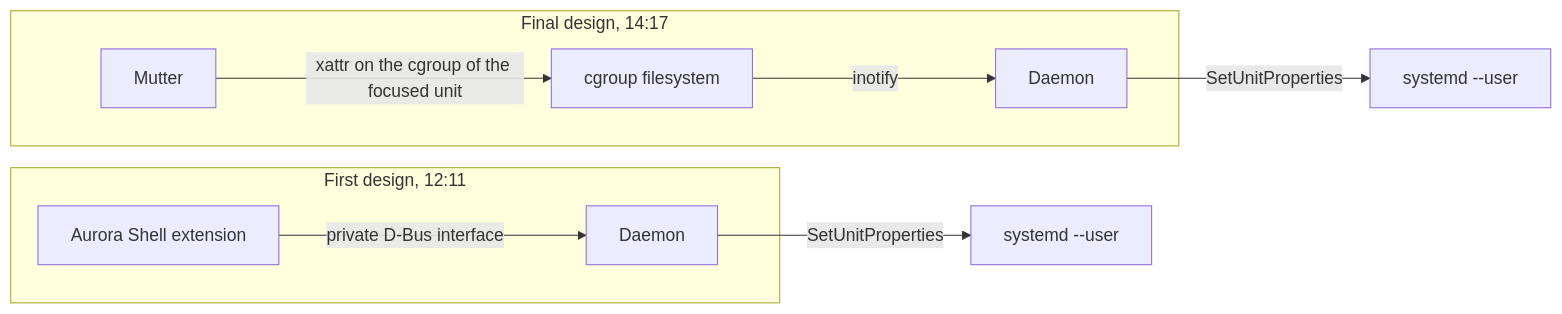
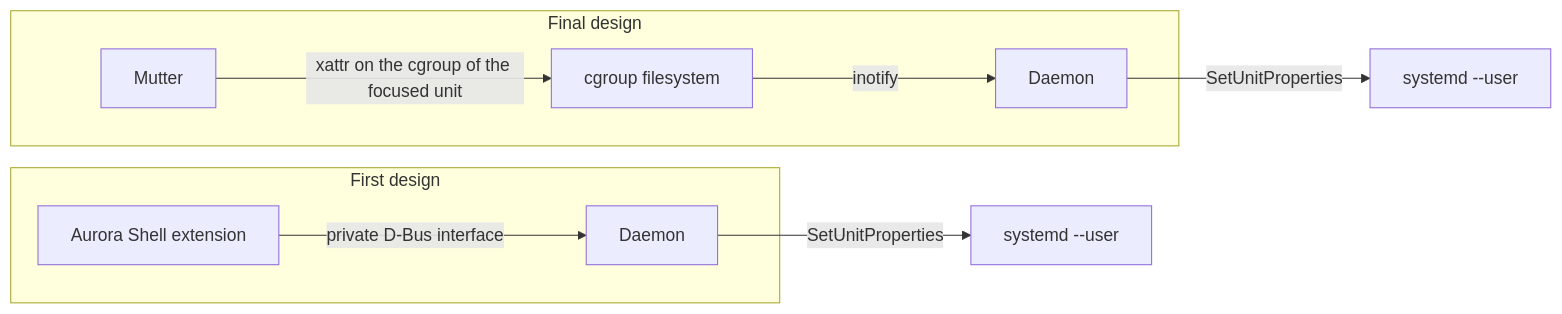
The diagram in src/content/blog/en/gnome-foreground-booster.md (leandromqrs/leandromqrs.github.io), drawn with Mermaid before and after one commit. The commit also changed other lines of this file and 1 other file, not shown here.

````diff
--- a/src/content/blog/en/gnome-foreground-booster.md
+++ b/src/content/blog/en/gnome-foreground-booster.md
@@ -24,12 +24,12 @@
 ```mermaid
 flowchart LR
-    subgraph v1["First design, 12:11"]
+    subgraph v1["First design"]
         A1["Aurora Shell extension"] -->|"private D-Bus interface"| D1["Daemon"]
     end
-    subgraph v2["Final design, 14:17"]
+    subgraph v2["Final design"]
         M["Mutter"] -->|"xattr on the cgroup of the focused unit"| F["cgroup filesystem"]
         F -->|"inotify"| D2["Daemon"]
     end
     D1 -->|"SetUnitProperties"| S1["systemd --user"]
     D2 -->|"SetUnitProperties"| S2["systemd --user"]
 ```
````
